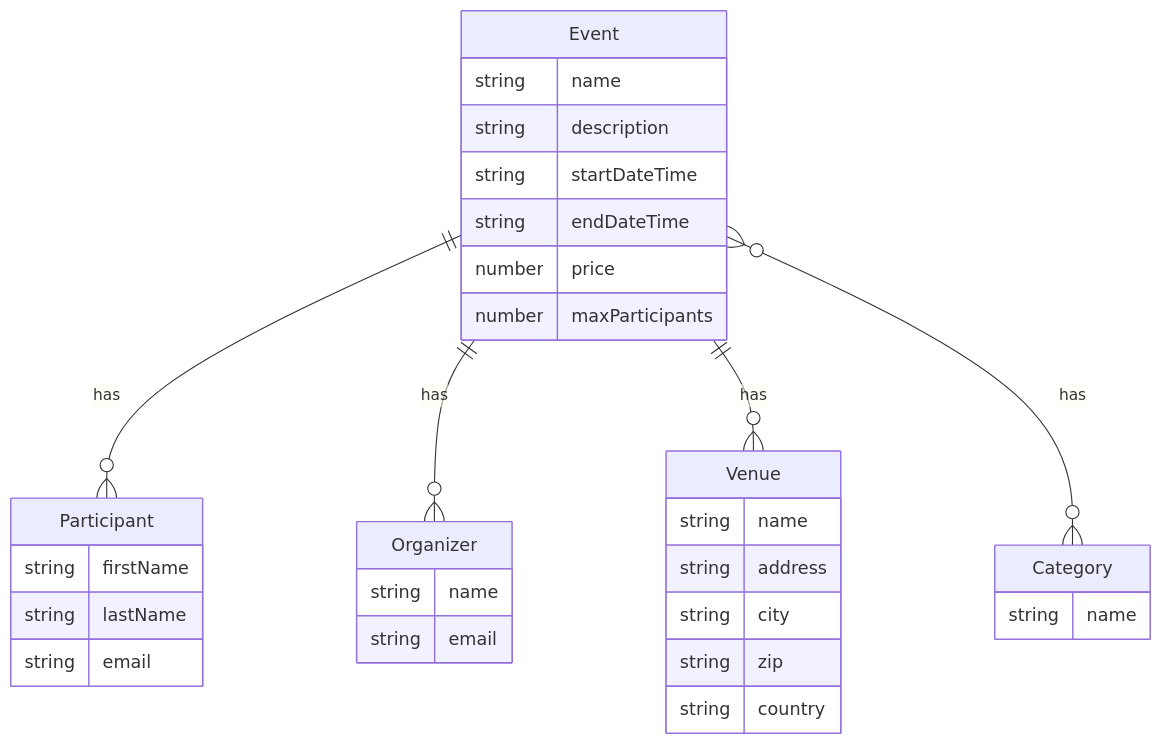
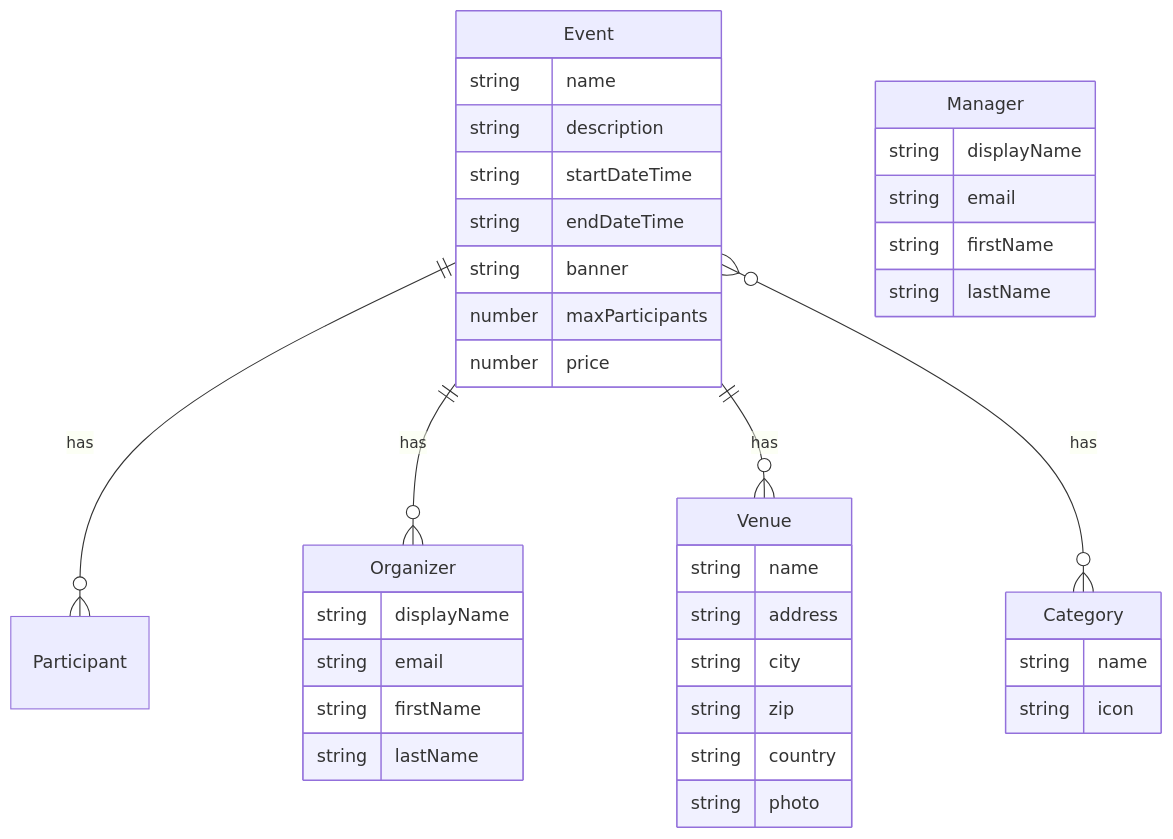
One commit to Wombosvideo/prototyping-project changed the second of 2 diagrams in README.md. Above: the diagram before and after it, drawn with Mermaid. The commit also changed other lines of this file and 2 other files, not shown here.

Commit message:
Add and update entity-relationship model

````diff
--- a/README.md
+++ b/README.md
@@ -36,34 +36,40 @@
 ```mermaid
 erDiagram
   Event ||--o{ Participant : has
   Event ||--o{ Organizer : has
   Event ||--o{ Venue : has
   Event }o--o{ Category : has
   Event {
     string name
     string description
     string startDateTime
     string endDateTime
+    string banner
+    number maxParticipants
     number price
-    number maxParticipants
   }
-  Participant {
+  Manager {
+    string displayName
+    string email
     string firstName
     string lastName
-    string email
   }
   Organizer {
-    string name
+    string displayName
     string email
+    string firstName
+    string lastName
   }
   Venue {
     string name
     string address
     string city
     string zip
     string country
+    string photo
   }
   Category {
     string name
+    string icon
   }
 ```
````
